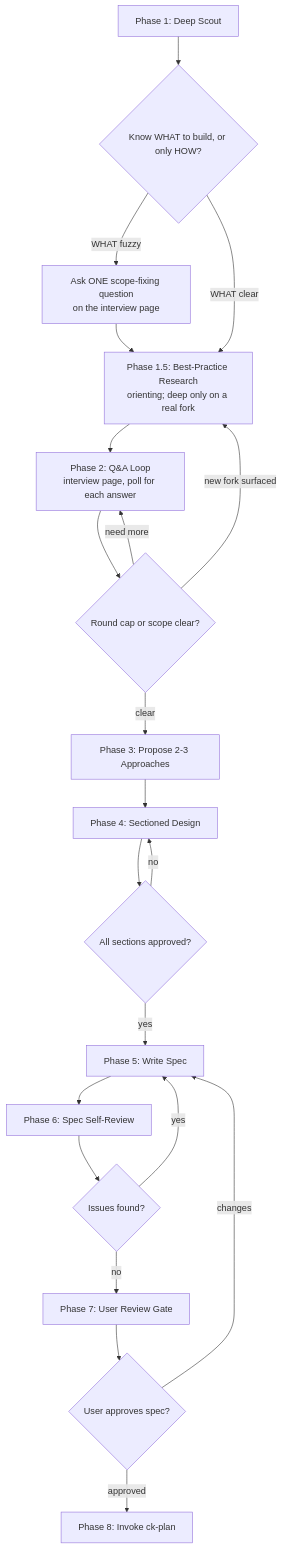
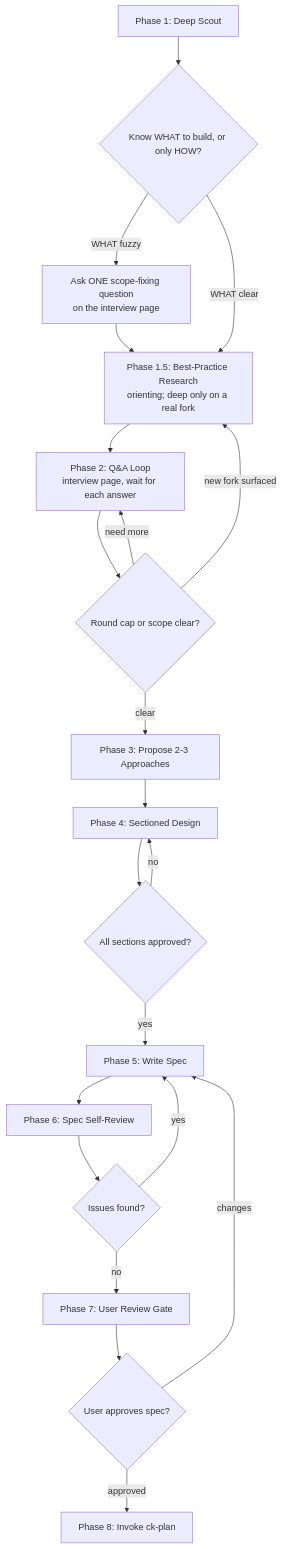
The diagram in skills/brainstorm-pro/SKILL.md (dphong1995/skills), drawn with Mermaid before and after one commit. The commit also changed other lines of this file and 6 other files, not shown here.

First line of the commit message:
Wake the session from the interview page instead of polling for answers

````diff
--- a/skills/brainstorm-pro/SKILL.md
+++ b/skills/brainstorm-pro/SKILL.md
@@ -60,22 +60,22 @@
 ```mermaid
 flowchart TD
     A[Phase 1: Deep Scout] --> W{Know WHAT to build, or only HOW?}
     W -->|WHAT fuzzy| Q0[Ask ONE scope-fixing question<br/>on the interview page] --> R
     W -->|WHAT clear| R[Phase 1.5: Best-Practice Research<br/>orienting; deep only on a real fork]
-    R --> B[Phase 2: Q&A Loop<br/>interview page, poll for each answer]
+    R --> B[Phase 2: Q&A Loop<br/>interview page, wait for each answer]
     B --> C{Round cap or scope clear?}
     C -->|need more| B
     C -->|new fork surfaced| R
     C -->|clear| D[Phase 3: Propose 2-3 Approaches]
     D --> E[Phase 4: Sectioned Design]
     E --> F{All sections approved?}
     F -->|no| E
     F -->|yes| G[Phase 5: Write Spec]
     G --> H[Phase 6: Spec Self-Review]
     H --> I{Issues found?}
     I -->|yes| G
     I -->|no| J[Phase 7: User Review Gate]
     J --> K{User approves spec?}
     K -->|changes| G
     K -->|approved| L[Phase 8: Invoke ck-plan]
 ```
````
